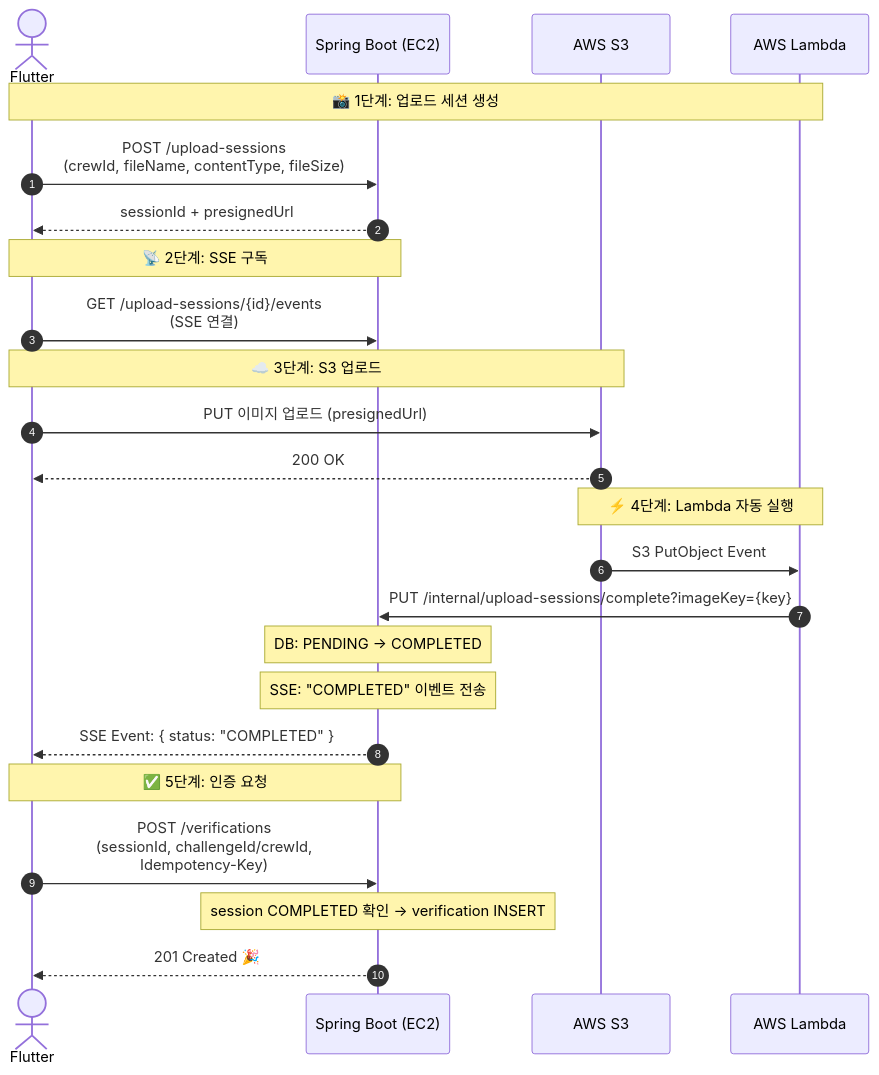
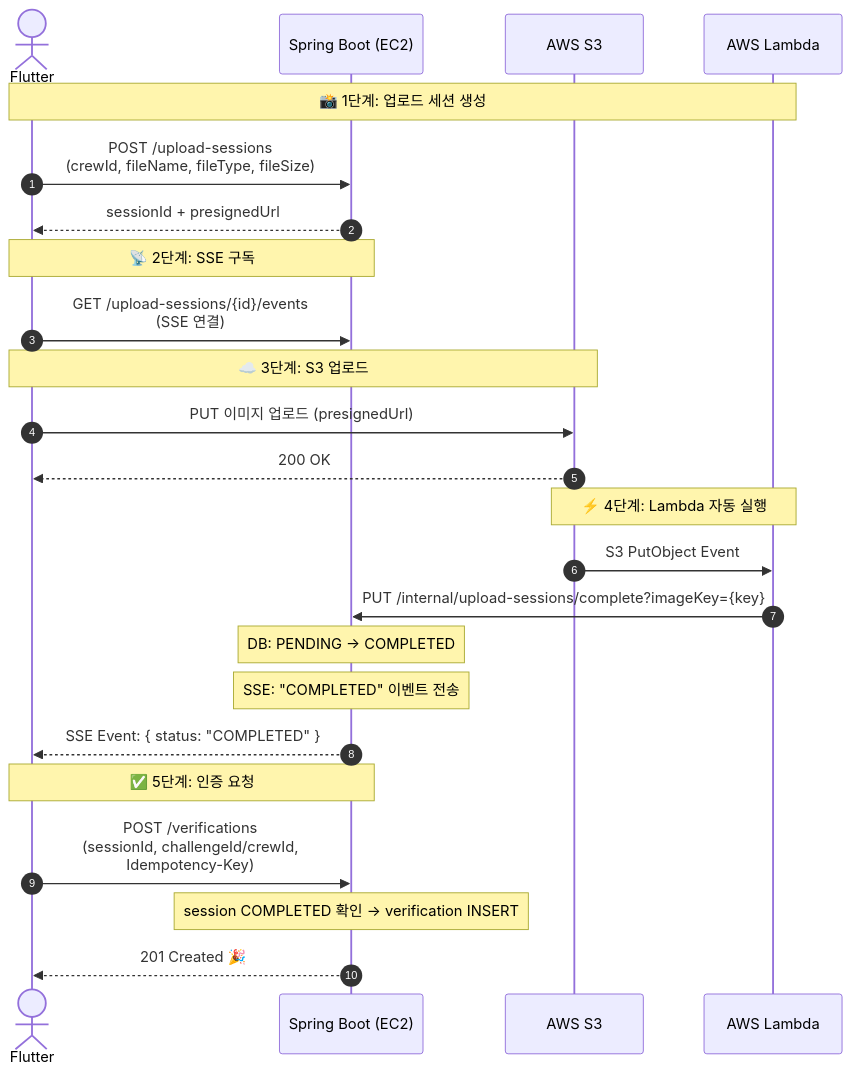
One commit to JianYang98/TriAgain changed the diagram in docs/spec/photo-upload-lambda-sse.md. Above: the diagram before and after it, drawn with Mermaid. The commit also changed 15 other files, not shown here.

Commit message:
refactor: PR 리뷰 반영 — BC 경계 수정 + 코드/문서 정합성 개선 - Verification→Crew BC 경계: Output Port → Input Port(UseCase) 통신으로 전환 - InternalApiKeyFilter 에러 응답 ApiResponse 형식 통일 - api-spec.md 미구현 429/Rate Limit 제거, schema.md 인덱스 추가 - CrewMembershipAdapterTest, JoinCrewServiceTest 단위테스트 추가

````diff
--- a/docs/spec/photo-upload-lambda-sse.md
+++ b/docs/spec/photo-upload-lambda-sse.md
@@ -23,38 +23,38 @@
 ```mermaid
 sequenceDiagram
     autonumber
     actor Client as Flutter
     participant Server as Spring Boot (EC2)
     participant S3 as AWS S3
     participant Lambda as AWS Lambda
     
     Note over Client,Lambda: 📸 1단계: 업로드 세션 생성
     
-    Client->>Server: POST /upload-sessions<br/>(crewId, fileName, contentType, fileSize)
+    Client->>Server: POST /upload-sessions<br/>(crewId, fileName, fileType, fileSize)
     Server-->>Client: sessionId + presignedUrl
     
     Note over Client,Server: 📡 2단계: SSE 구독
     
     Client->>Server: GET /upload-sessions/{id}/events<br/>(SSE 연결)
     
     Note over Client,S3: ☁️ 3단계: S3 업로드
     
     Client->>S3: PUT 이미지 업로드 (presignedUrl)
     S3-->>Client: 200 OK
     
     Note over S3,Lambda: ⚡ 4단계: Lambda 자동 실행
     
     S3->>Lambda: S3 PutObject Event
     Lambda->>Server: PUT /internal/upload-sessions/complete?imageKey={key}
     
     Note over Server: DB: PENDING → COMPLETED
     Note over Server: SSE: "COMPLETED" 이벤트 전송
     
     Server-->>Client: SSE Event: { status: "COMPLETED" }
     
     Note over Client,Server: ✅ 5단계: 인증 요청
 
     Client->>Server: POST /verifications<br/>(sessionId, challengeId/crewId,<br/>Idempotency-Key)
     Note over Server: session COMPLETED 확인 → verification INSERT
     Server-->>Client: 201 Created 🎉
 ```
````
